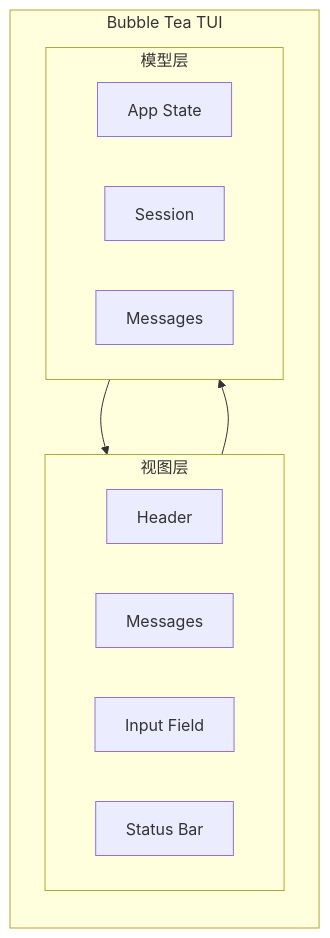
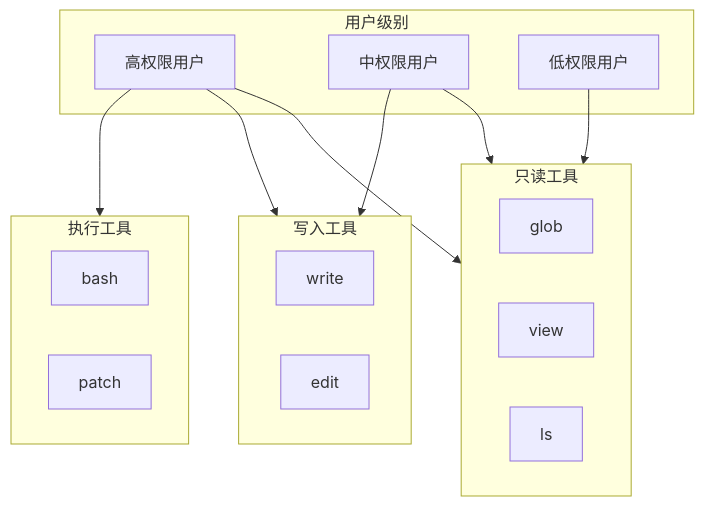
Before and after one commit to Shyu-x/frontend-interview: the ninth of 13 diagrams in docs/agent/case-studies/opencode-analysis.md, drawn with Mermaid. The commit also changed other lines of this file and 58 other files, not shown here.

````diff
--- a/docs/agent/case-studies/opencode-analysis.md
+++ b/docs/agent/case-studies/opencode-analysis.md
@@ -322,19 +1292,27 @@
 ```mermaid
-flowchart LR
-    subgraph TUI["Bubble Tea TUI"]
-        subgraph View["视图层"]
-            header["Header"]
-            messages["Messages"]
-            input["Input Field"]
-            status["Status Bar"]
-        end
-        subgraph Model["模型层"]
-            state["App State"]
-            session["Session"]
-            messages_state["Messages"]
-        end
+flowchart TB
+    subgraph Users["用户级别"]
+        HIGH["高权限用户"]
+        MID["中权限用户"]
+        LOW["低权限用户"]
     end
-    
-    View --> Model
-    Model --> View
+    subgraph ReadTools["只读工具"]
+        G["glob"]
+        V["view"]
+        L["ls"]
+    end
+    subgraph WriteTools["写入工具"]
+        W["write"]
+        E["edit"]
+    end
+    subgraph ExecTools["执行工具"]
+        B["bash"]
+        P["patch"]
+    end
+    HIGH --> ReadTools
+    HIGH --> WriteTools
+    HIGH --> ExecTools
+    MID --> ReadTools
+    MID --> WriteTools
+    LOW --> ReadTools
 ```
````
